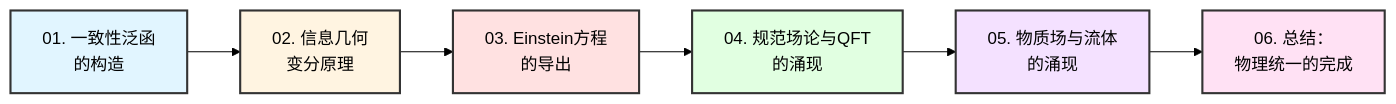
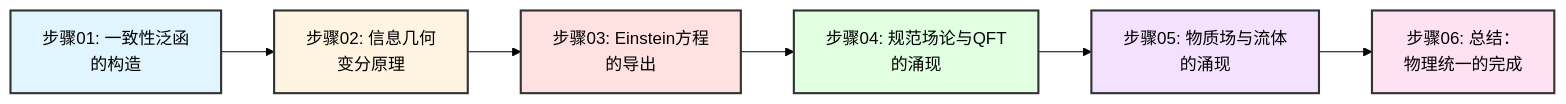
Before and after one commit to loning/zeckendorf-hilbert: the second of 3 diagrams in docs/euler-article/gls-union/11-final-unification/00-intro.md, drawn with Mermaid (forest theme). The commit also changed 26 other files, not shown here.

````diff
--- a/docs/euler-article/gls-union/11-final-unification/00-intro.md
+++ b/docs/euler-article/gls-union/11-final-unification/00-intro.md
@@ -124,15 +124,15 @@
 ```mermaid
 graph LR
-    A["01. 一致性泛函<br/>的构造"] --> B["02. 信息几何<br/>变分原理"]
-    B --> C["03. Einstein方程<br/>的导出"]
-    C --> D["04. 规范场论与QFT<br/>的涌现"]
-    D --> E["05. 物质场与流体<br/>的涌现"]
-    E --> F["06. 总结：<br/>物理统一的完成"]
+    A["步骤01: 一致性泛函<br/>的构造"] --> B["步骤02: 信息几何<br/>变分原理"]
+    B --> C["步骤03: Einstein方程<br/>的导出"]
+    C --> D["步骤04: 规范场论与QFT<br/>的涌现"]
+    D --> E["步骤05: 物质场与流体<br/>的涌现"]
+    E --> F["步骤06: 总结：<br/>物理统一的完成"]
 
     style A fill:#e1f5ff,stroke:#333,stroke-width:2px
     style B fill:#fff4e1,stroke:#333,stroke-width:2px
     style C fill:#ffe1e1,stroke:#333,stroke-width:2px
     style D fill:#e1ffe1,stroke:#333,stroke-width:2px
     style E fill:#f4e1ff,stroke:#333,stroke-width:2px
     style F fill:#ffe1f4,stroke:#333,stroke-width:2px
 ```
````
